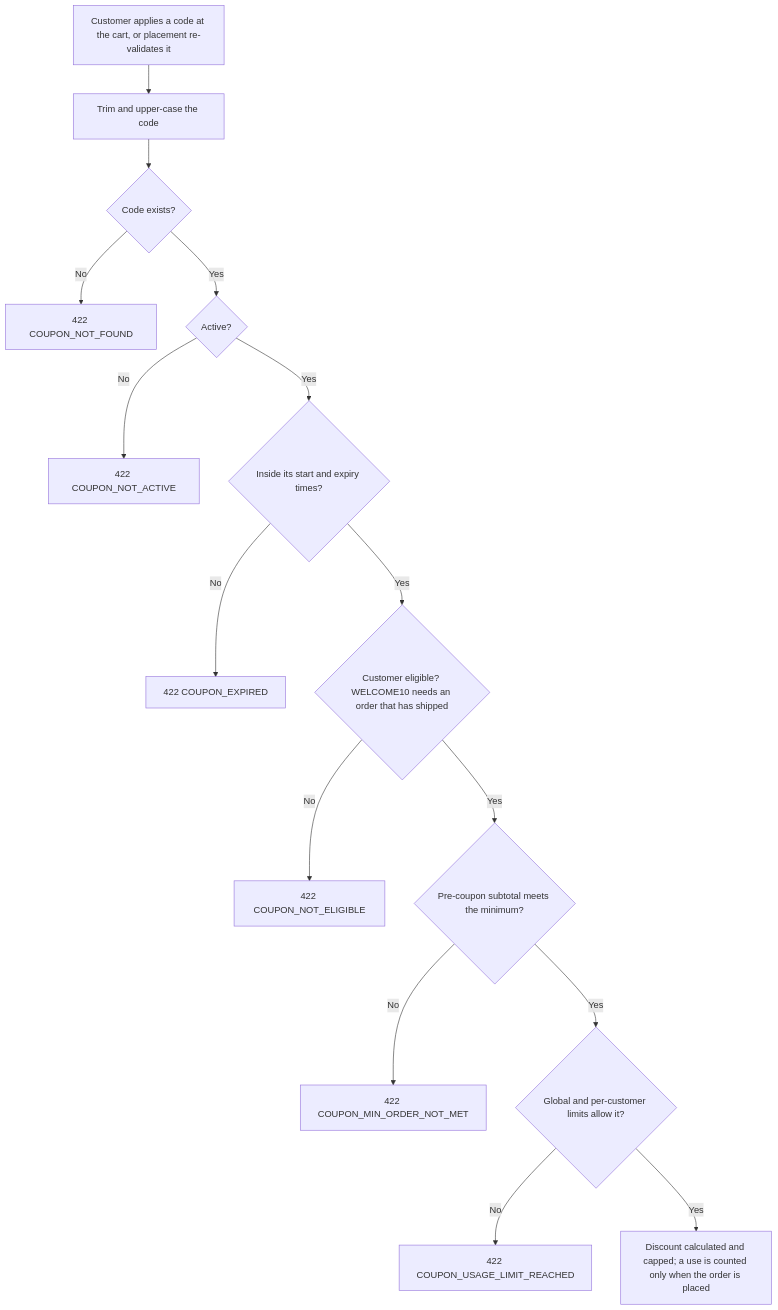
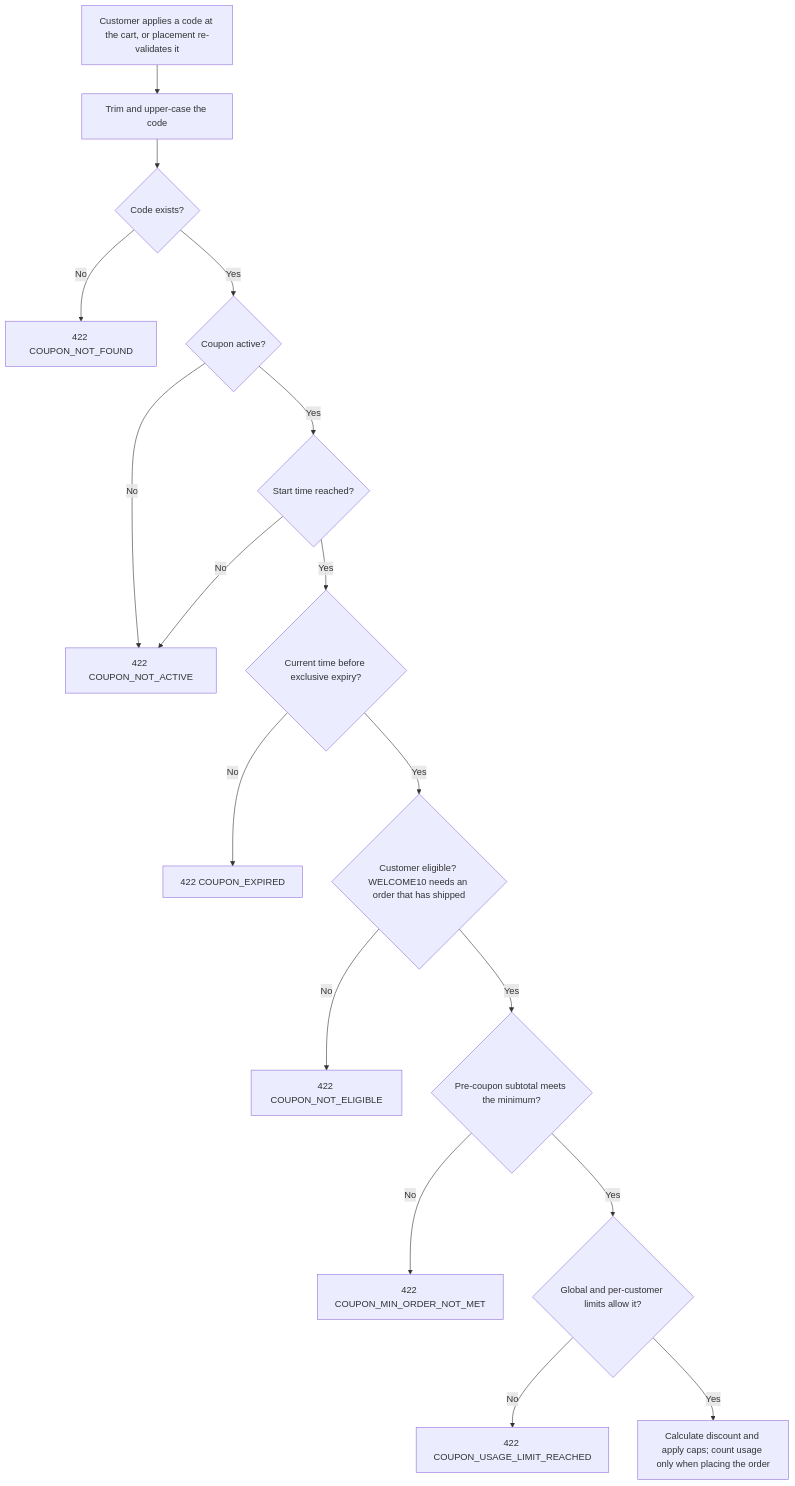
One commit to thabo81/nexacart-ecommerce-sdet changed diagram 11 of 12 in docs/planning/USER_STORIES_AND_FLOWS.md. Above: the diagram before and after it, drawn with Mermaid. The commit also changed other lines of this file, not shown here.

````diff
--- a/docs/planning/USER_STORIES_AND_FLOWS.md
+++ b/docs/planning/USER_STORIES_AND_FLOWS.md
@@ -1113,17 +1113,19 @@
 ```mermaid
 flowchart TD
   S["Customer applies a code at the cart, or placement re-validates it"] --> N["Trim and upper-case the code"]
   N --> A{"Code exists?"}
   A -->|No| E1["422 COUPON_NOT_FOUND"]
-  A -->|Yes| B{"Active?"}
+  A -->|Yes| B{"Coupon active?"}
   B -->|No| E2["422 COUPON_NOT_ACTIVE"]
-  B -->|Yes| C{"Inside its start and expiry times?"}
-  C -->|No| E3["422 COUPON_EXPIRED"]
-  C -->|Yes| D{"Customer eligible? WELCOME10 needs an order that has shipped"}
+  B -->|Yes| T{"Start time reached?"}
+  T -->|No| E2
+  T -->|Yes| X{"Current time before exclusive expiry?"}
+  X -->|No| E3["422 COUPON_EXPIRED"]
+  X -->|Yes| D{"Customer eligible? WELCOME10 needs an order that has shipped"}
   D -->|No| E4["422 COUPON_NOT_ELIGIBLE"]
   D -->|Yes| M{"Pre-coupon subtotal meets the minimum?"}
   M -->|No| E5["422 COUPON_MIN_ORDER_NOT_MET"]
   M -->|Yes| U{"Global and per-customer limits allow it?"}
   U -->|No| E6["422 COUPON_USAGE_LIMIT_REACHED"]
-  U -->|Yes| OK["Discount calculated and capped; a use is counted only when the order is placed"]
+  U -->|Yes| OK["Calculate discount and apply caps; count usage only when placing the order"]
 ```
````
